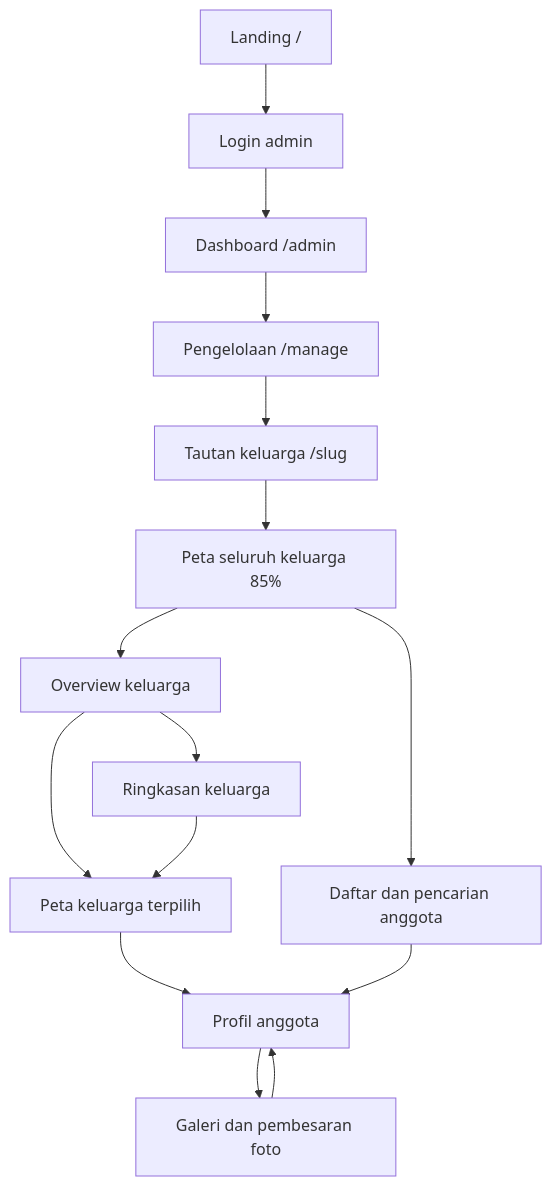
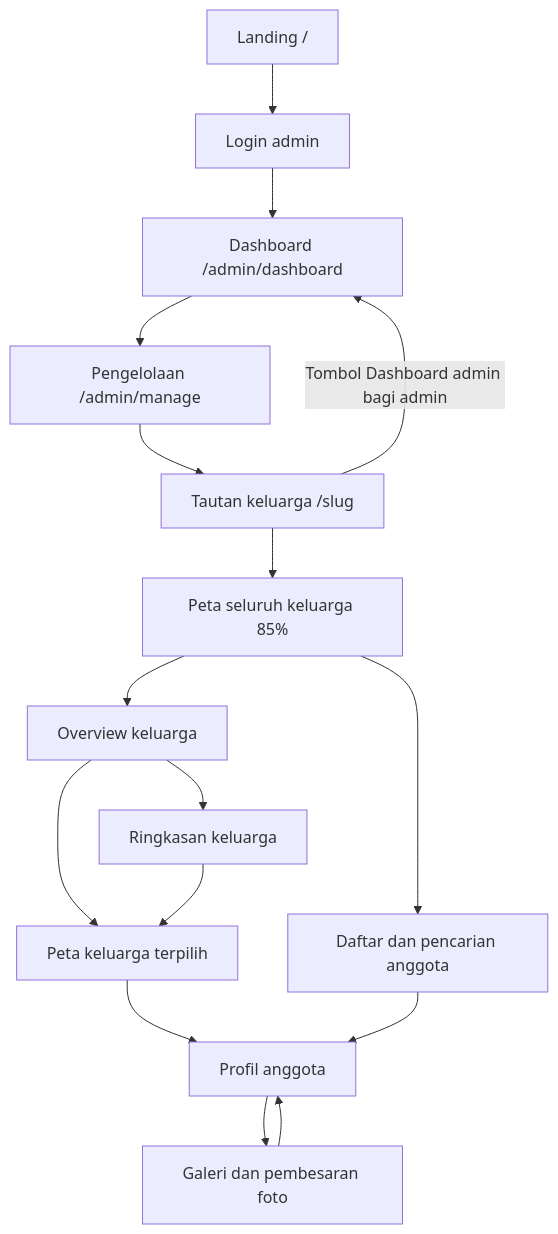
The diagram in Design.md (alfarisg34/family-tree), drawn with Mermaid before and after one commit. The commit also changed other lines of this file and 21 other files, not shown here.

````diff
--- a/Design.md
+++ b/Design.md
@@ -16,17 +16,18 @@
 ```mermaid
 flowchart TD
   L[Landing /] --> A[Login admin]
-  A --> D[Dashboard /admin]
-  D --> M[Pengelolaan /manage]
+  A --> D[Dashboard /admin/dashboard]
+  D --> M[Pengelolaan /admin/manage]
   M --> T[Tautan keluarga /slug]
+  T -->|Tombol Dashboard admin bagi admin| D
   T --> P[Peta seluruh keluarga 85%]
   P --> O[Overview keluarga]
   O --> S[Ringkasan keluarga]
   O --> F[Peta keluarga terpilih]
   S --> F
   P --> Q[Daftar dan pencarian anggota]
   F --> R[Profil anggota]
   Q --> R
   R --> G[Galeri dan pembesaran foto]
   G --> R
 ```
````
